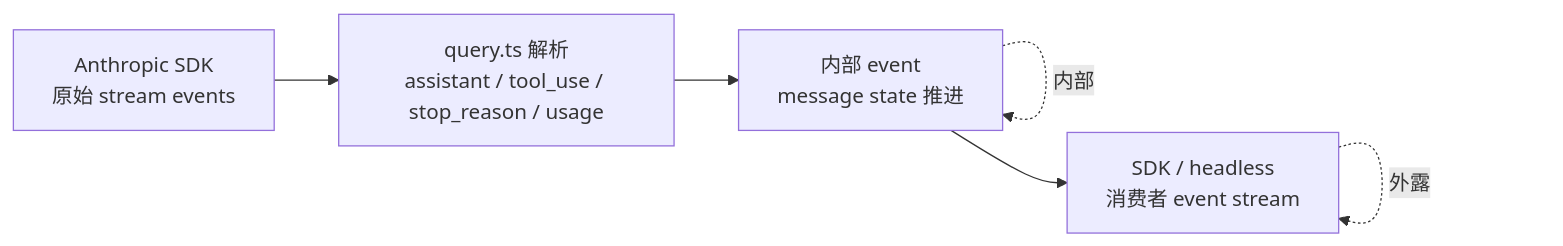
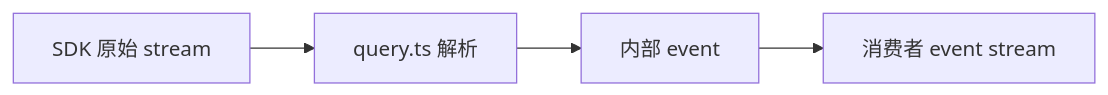
One commit to betaHi/betaHi.github.io changed the diagram in claude-code-architecture/23-streaming-output-event-protocol-and-sdk-boundary.md. Above: the diagram before and after it, drawn with Mermaid. The commit also changed 12 other files, not shown here.

First line of the commit message:
Prevent mermaid clipping by shortening dense node labels

````diff
--- a/claude-code-architecture/23-streaming-output-event-protocol-and-sdk-boundary.md
+++ b/claude-code-architecture/23-streaming-output-event-protocol-and-sdk-boundary.md
@@ -29,8 +29,6 @@
 ```mermaid
 flowchart LR
-    A[Anthropic SDK<br/>原始 stream events] --> B[query.ts 解析<br/>assistant / tool_use / stop_reason / usage]
-    B --> C[内部 event<br/>message state 推进]
-    C -. 内部 .-> C
-    C --> D[SDK / headless<br/>消费者 event stream]
-    D -. 外露 .-> D
+    A[SDK 原始 stream] --> B[query.ts 解析]
+    B --> C[内部 event]
+    C --> D[消费者 event stream]
 ```
````
